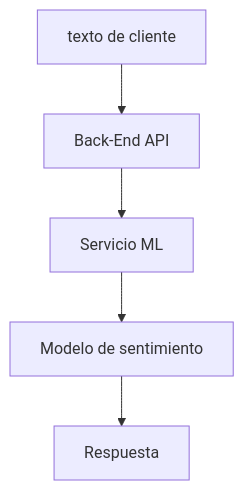
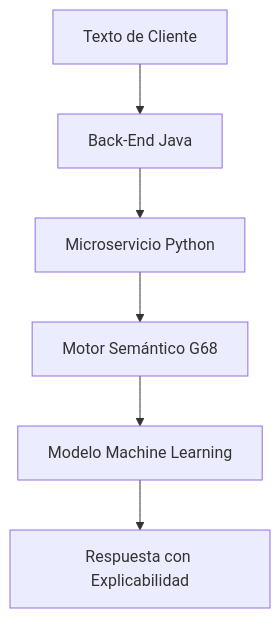
The diagram in README.md (Sneyki01/sentiment-api-G68), drawn with Mermaid before and after one commit. The commit also changed other lines of this file and 10 other files, not shown here.

````diff
--- a/README.md
+++ b/README.md
@@ -30,7 +30,8 @@
 ```mermaid
  flowchart TD
-    A[texto de cliente] --> B[Back-End API]
-    B -->C[Servicio ML] 
-    C -->D[Modelo de sentimiento]
-    D --> E[Respuesta]
+    A[Texto de Cliente] --> B[Back-End Java]
+    B --> C[Microservicio Python]
+    C --> D[Motor Semántico G68]
+    D --> E[Modelo Machine Learning]
+    E --> F[Respuesta con Explicabilidad]
 ```
````
